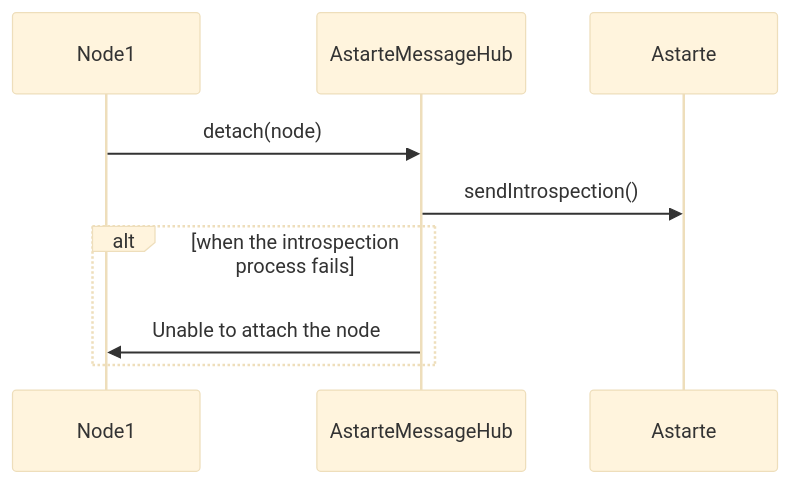
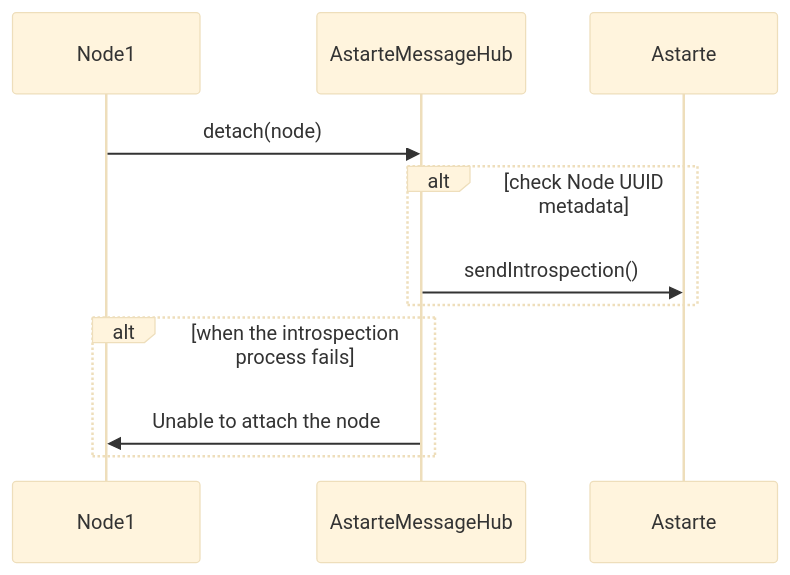
The fourth of 4 diagrams in docs/ARCHITECTURE.md (astarte-platform/astarte-message-hub), drawn with Mermaid (base theme) before and after one commit. The commit also changed other lines of this file, not shown here.

Commit message:
update(architecture): modify atchitecture description and diagrams

````diff
--- a/docs/ARCHITECTURE.md
+++ b/docs/ARCHITECTURE.md
@@ -218,12 +225,14 @@
 ```mermaid
 sequenceDiagram
     participant Node1
     participant AstarteMessageHub
     participant Astarte
     Node1->>AstarteMessageHub: detach(node)
-    AstarteMessageHub->>Astarte: sendIntrospection()
+    alt check Node UUID metadata
+        AstarteMessageHub ->> Astarte: sendIntrospection()
+    end
 
     alt when the introspection process fails
          AstarteMessageHub->>Node1: Unable to attach the node
     end
 ```
````
